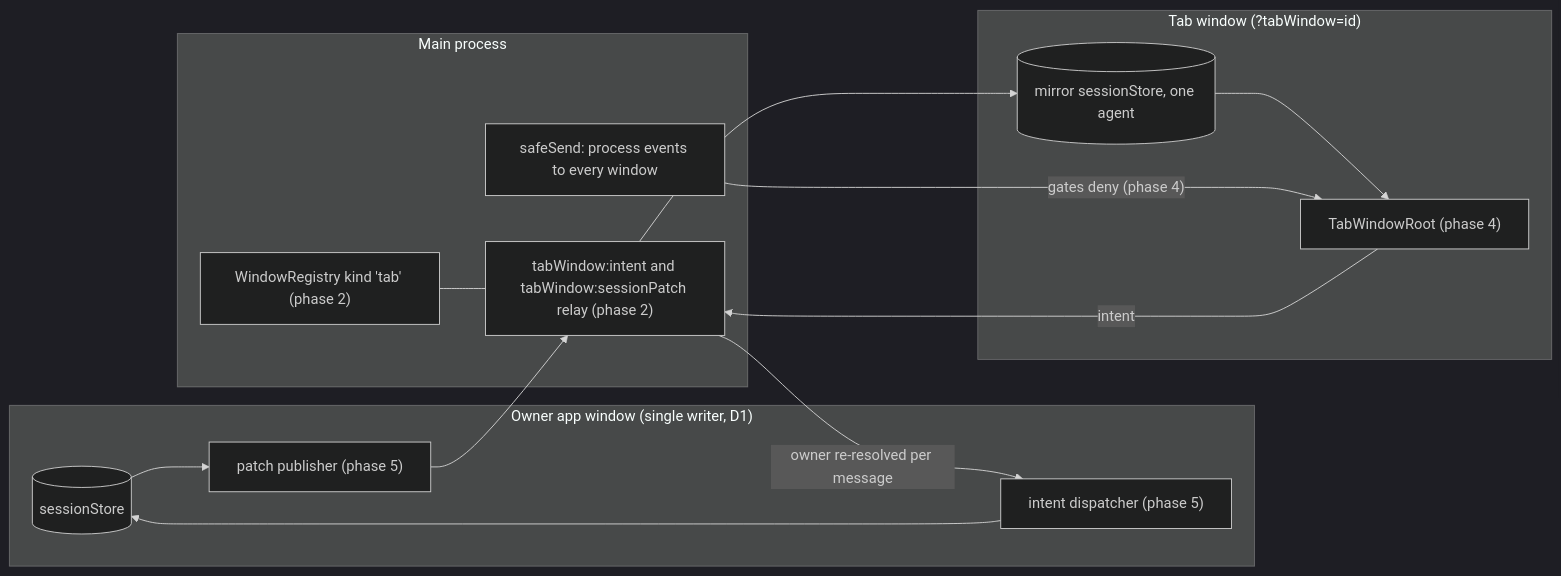
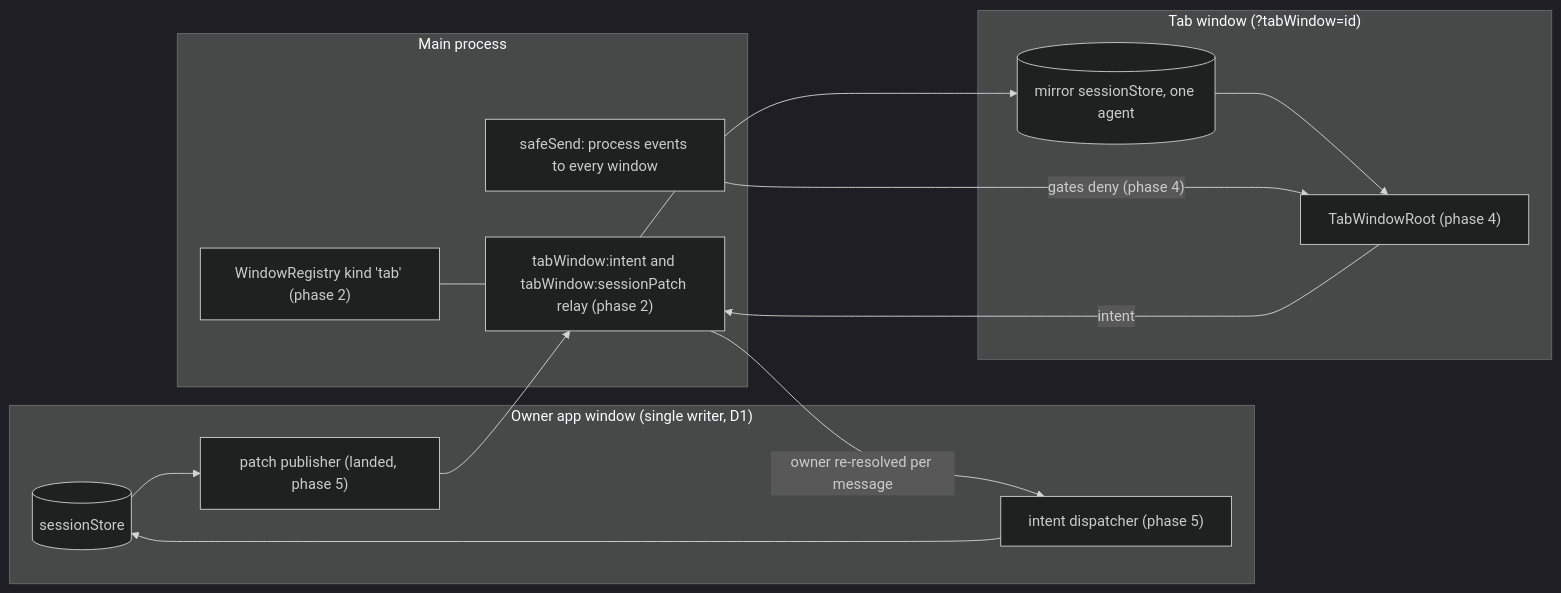
One commit to 0xH3li0/Maestro changed the first of 3 diagrams in docs/agent-guides/TAB-WINDOWS.md. Above: the diagram before and after it, drawn with Mermaid (dark theme). The commit also changed other lines of this file and 12 other files, not shown here.

````diff
--- a/docs/agent-guides/TAB-WINDOWS.md
+++ b/docs/agent-guides/TAB-WINDOWS.md
@@ -7,21 +7,21 @@
 ```mermaid
 flowchart LR
 	subgraph OWNER["Owner app window (single writer, D1)"]
 		SS[("sessionStore")]
-		PUB["patch publisher (phase 5)"]
+		PUB["patch publisher (landed, phase 5)"]
 		DISP["intent dispatcher (phase 5)"]
 	end
 	subgraph MAIN["Main process"]
 		REG["WindowRegistry kind 'tab' (phase 2)"]
 		RELAY["tabWindow:intent and tabWindow:sessionPatch relay (phase 2)"]
 		SAFE["safeSend: process events to every window"]
 	end
 	subgraph TW["Tab window (?tabWindow=id)"]
 		ROOT["TabWindowRoot (phase 4)"]
 		MIRROR[("mirror sessionStore, one agent")]
 	end
 	SS --> PUB --> RELAY --> MIRROR --> ROOT
 	ROOT -- "intent" --> RELAY -- "owner re-resolved per message" --> DISP --> SS
 	REG --- RELAY
 	SAFE -- "gates deny (phase 4)" --> ROOT
 ```
````
